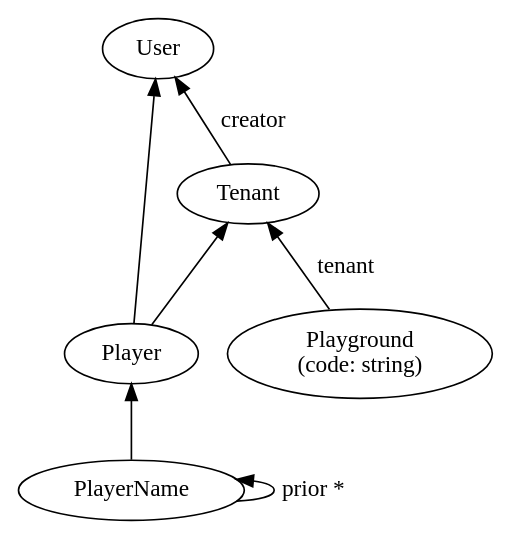
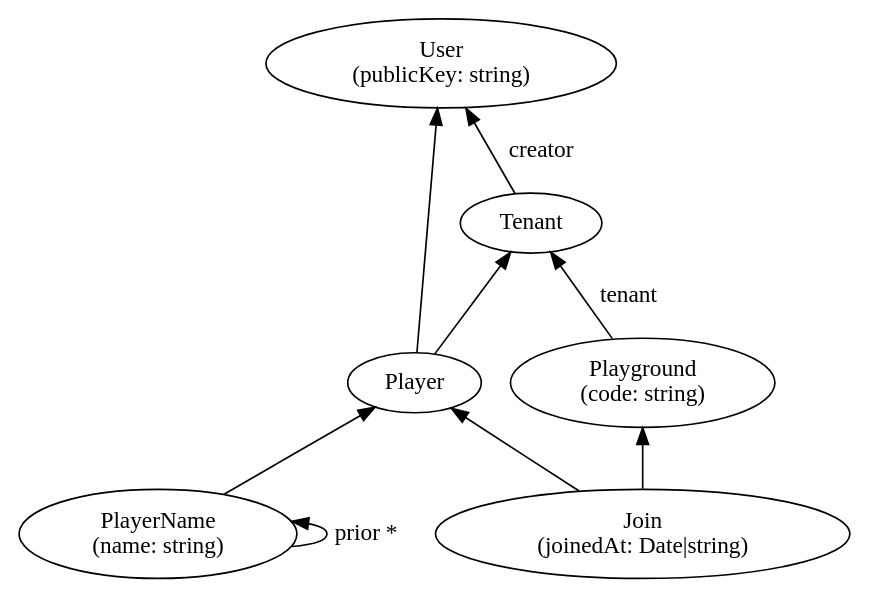
Before and after one commit to michaellperry/gamehub: the diagram in docs/models/playground.dot, drawn with Graphviz. The commit also changed 4 other files, not shown here.

Commit message:
Add Join model and update tenant authorization and distribution rules to include join functionality. Enhance playground documentation to reflect new relationships.

```diff
--- a/docs/models/playground.dot
+++ b/docs/models/playground.dot
@@ -1,10 +1,17 @@
 digraph {
     rankdir=BT
+    User [label="User\n(publicKey: string)"]
+
     Tenant -> User [label="creator"]
     Player -> User, Tenant
+
+    PlayerName [label="PlayerName\n(name: string)"]
     PlayerName -> Player
     PlayerName -> PlayerName [label="prior *"]
 
     Playground -> Tenant [label="tenant"]
     Playground [label="Playground\n(code: string)"]
+
+    Join [label="Join\n(joinedAt: Date|string)"]
+    Join -> Player, Playground
 }
```
